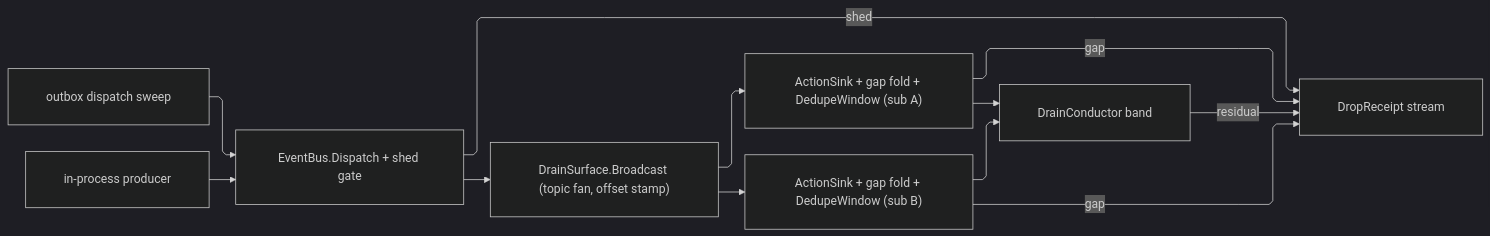
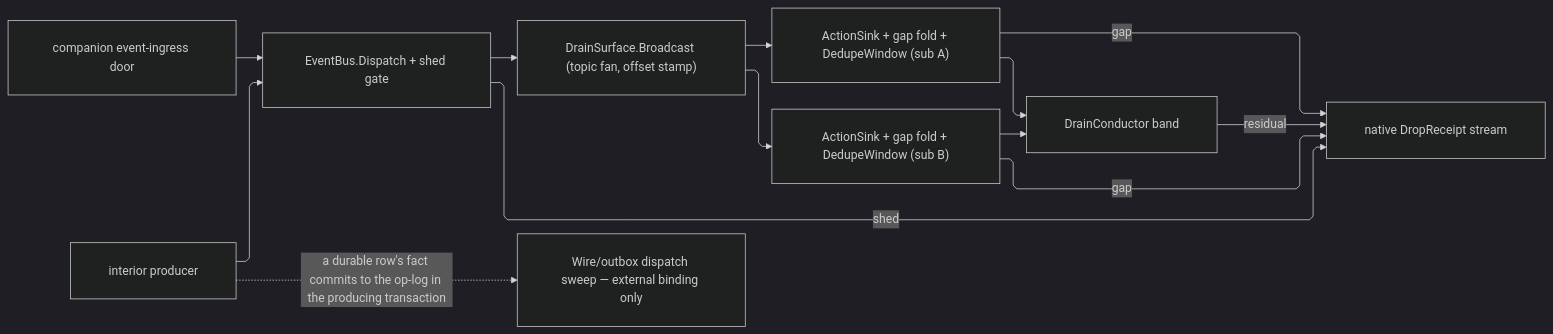
Before and after one commit to bsamiee/Rasm: the diagram in libs/csharp/Rasm.AppHost/.planning/Wire/topics.md, drawn with Mermaid (dark theme). The commit also changed other lines of this file and 820 other files, not shown here.

````diff
--- a/libs/csharp/Rasm.AppHost/.planning/Wire/topics.md
+++ b/libs/csharp/Rasm.AppHost/.planning/Wire/topics.md
@@ -367,23 +332,24 @@
 ```mermaid
 ---
 config:
   layout: elk
   flowchart:
     curve: linear
     padding: 25
 ---
 flowchart LR
     accTitle: One topic fan, one waiting room per subscription, loss receipted at both ends
-    accDescr: A DomainEvent enters EventBus.Dispatch from the outbox dispatch sweep or an in-process producer; the degradation shed gate either mints a Shed drop receipt or hands the event to the topic fan, which stamps the topic's next dense offset through the drain-surface broadcast builder; each subscription is one bounded consumer sink seated directly as a fan sink, folding the arriving offset into its seat and minting a Missed drop receipt for any gap before the composed dedupe window admits the event; the bus drains under the runtime conductor, which compares the head cursor against each seat and mints the residual Missed receipt for tail loss.
-    Sweep["outbox dispatch sweep"] --> Dispatch
-    Producer["in-process producer"] --> Dispatch
+    accDescr: A DomainEvent enters EventBus.Dispatch from an interior producer or the companion event-ingress door; the degradation shed gate either mints a Shed drop receipt or hands the event to the topic fan, which stamps the topic's next dense offset through the drain-surface broadcast builder; each subscription is one bounded consumer sink seated directly as a fan sink, folding the arriving offset into its seat and minting a Missed drop receipt for any gap before the composed dedupe window admits the event; the bus drains under the runtime conductor, which compares the head cursor against each seat and mints the residual Missed receipt for tail loss; the durable leg leaves this bus entirely and never returns an event to it.
+    Ingress["companion event-ingress door"] --> Dispatch
+    Producer["interior producer"] --> Dispatch
     Dispatch["EventBus.Dispatch + shed gate"] --> Fan["DrainSurface.Broadcast (topic fan, offset stamp)"]
-    Dispatch -- shed --> Drops["DropReceipt stream"]
+    Dispatch -- shed --> Drops["native DropReceipt stream"]
     Fan --> Act1["ActionSink + gap fold + DedupeWindow (sub A)"]
     Fan --> Act2["ActionSink + gap fold + DedupeWindow (sub B)"]
     Act1 -- gap --> Drops
     Act2 -- gap --> Drops
     Act1 --> Drain["DrainConductor band"]
     Act2 --> Drain
     Drain -- residual --> Drops
+    Producer -.->|a durable row's fact commits to the op-log in the producing transaction| Relay["Wire/outbox dispatch sweep — external binding only"]
 ```
````
